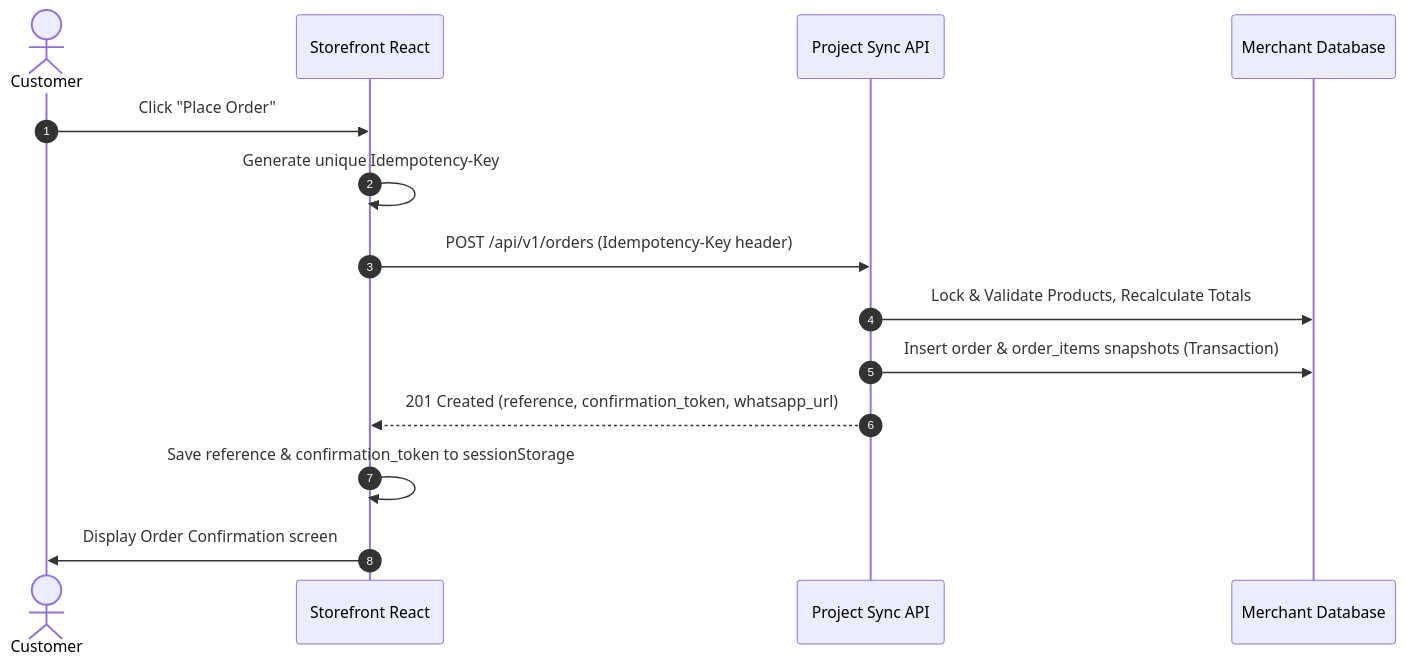
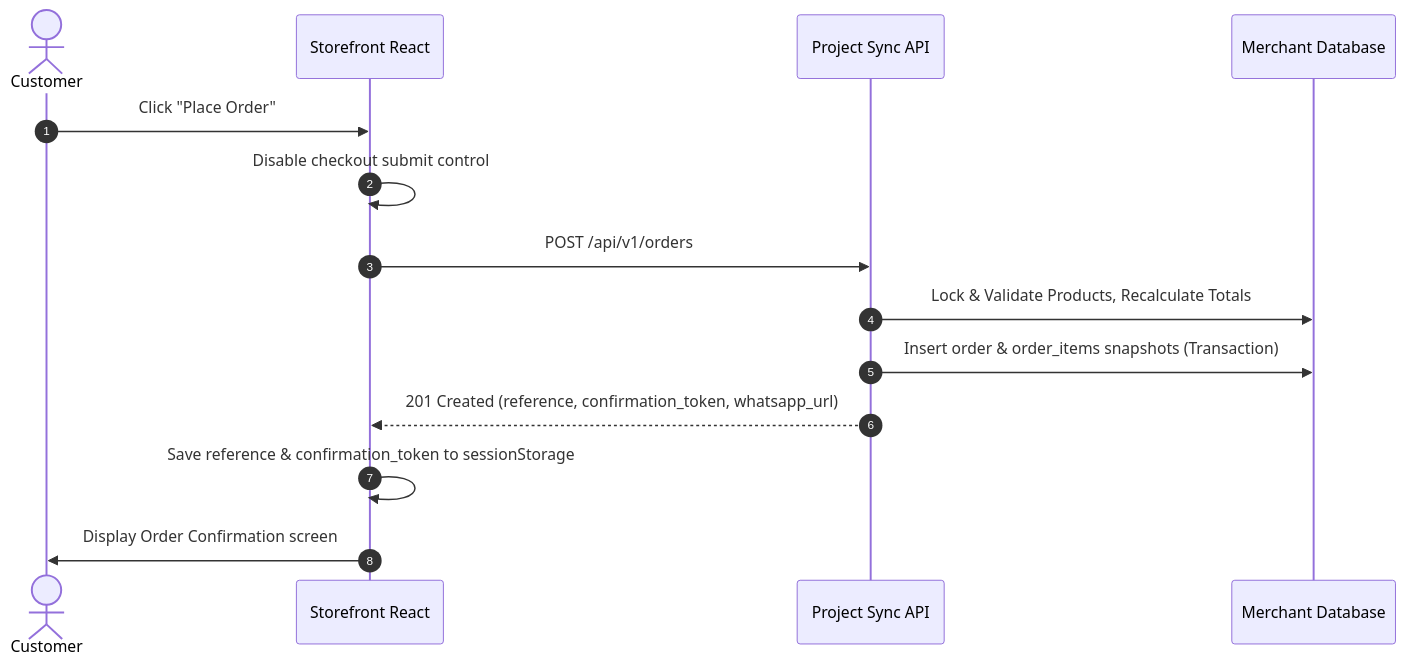
One commit to Altair-Attic/sync-mini-storefront-api changed the first of 2 diagrams in docs/FRONTEND_INTEGRATION.md. Above: the diagram before and after it, drawn with Mermaid. The commit also changed other lines of this file and 49 other files, not shown here.

````diff
--- a/docs/FRONTEND_INTEGRATION.md
+++ b/docs/FRONTEND_INTEGRATION.md
@@ -101,17 +101,17 @@
 ```mermaid
 sequenceDiagram
     autonumber
     actor Customer
     participant Frontend as Storefront React
     participant API as Project Sync API
     participant MySQL as Merchant Database
 
     Customer->>Frontend: Click "Place Order"
-    Frontend->>Frontend: Generate unique Idempotency-Key
-    Frontend->>API: POST /api/v1/orders (Idempotency-Key header)
+    Frontend->>Frontend: Disable checkout submit control
+    Frontend->>API: POST /api/v1/orders
     API->>MySQL: Lock & Validate Products, Recalculate Totals
     API->>MySQL: Insert order & order_items snapshots (Transaction)
     API-->>Frontend: 201 Created (reference, confirmation_token, whatsapp_url)
     Frontend->>Frontend: Save reference & confirmation_token to sessionStorage
     Frontend->>Customer: Display Order Confirmation screen
 ```
````
